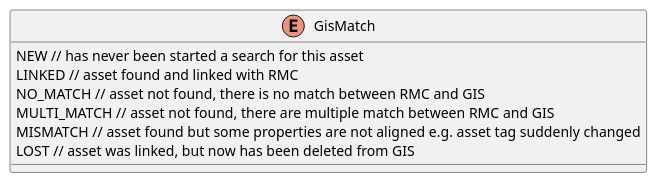
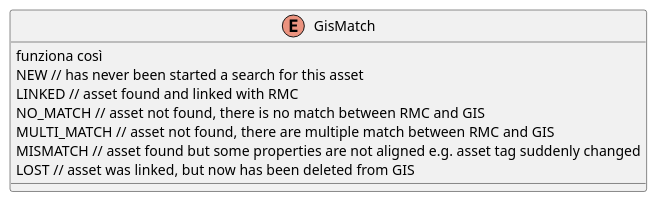
Before and after one commit to salaroglio/MdExplorer: the first of 2 diagrams in MdExplorer/Documents/Tests/AssetMonitor/StateDiagrams/AssetMonitorStates.md, drawn with PlantUML. The commit also changed 7 other files, not shown here.

````diff
--- a/MdExplorer/Documents/Tests/AssetMonitor/StateDiagrams/AssetMonitorStates.md
+++ b/MdExplorer/Documents/Tests/AssetMonitor/StateDiagrams/AssetMonitorStates.md
@@ -2,14 +2,15 @@
 ```plantuml
 @startuml
 
 enum GisMatch {
+    funziona così
 NEW // has never been started a search for this asset
 LINKED // asset found and linked with RMC
 NO_MATCH // asset not found, there is no match between RMC and GIS
 MULTI_MATCH // asset not found, there are multiple match between RMC and GIS
 MISMATCH // asset found but some properties are not aligned e.g. asset tag suddenly changed
 LOST // asset was linked, but now has been deleted from GIS
 }
 
 @enduml
 ```
````
